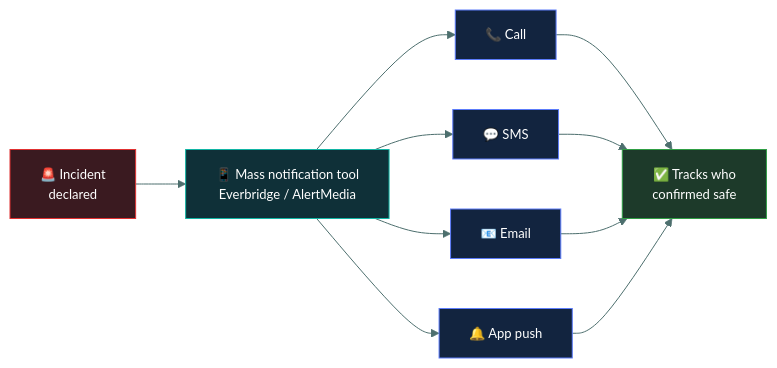
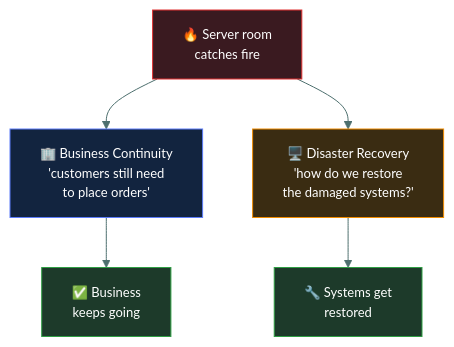
One commit to tarunTejaDesireddy/cc-exam-prep changed the fourth of 4 diagrams in 02-security-governance/business-continuity/README.md. Above: the diagram before and after it, drawn with Mermaid. The commit also changed other lines of this file and 1 other file, not shown here.

First line of the commit message:
Rewrite Business Continuity with the storm-hits-the-cave walkthrough

````diff
--- a/02-security-governance/business-continuity/README.md
+++ b/02-security-governance/business-continuity/README.md
@@ -207,21 +214,15 @@
 ```mermaid
-%%{init: {'theme':'base','themeVariables':{'fontSize':'13px','lineColor':'#4d6f6e','textColor':'#dbe7e6'}}}%%
-flowchart LR
-    I["🚨 Incident<br/>declared"] --> N["📱 Mass notification tool<br/>Everbridge / AlertMedia"]
-    N --> C1["📞 Call"]
-    N --> C2["💬 SMS"]
-    N --> C3["📧 Email"]
-    N --> C4["🔔 App push"]
-    C1 --> ACK["✅ Tracks who<br/>confirmed safe"]
-    C2 --> ACK
-    C3 --> ACK
-    C4 --> ACK
+%%{init: {'theme':'base','themeVariables':{'fontFamily':'Segoe UI, Helvetica Neue, Arial, sans-serif','fontSize':'13px','lineColor':'#4d6f6e','textColor':'#dbe7e6'}}}%%
+flowchart TD
+    F["🔥 Server room<br/>catches fire"]
+    F --> BC["🏢 Business Continuity<br/>'customers still need<br/>to place orders'"]
+    F --> DR["🖥️ Disaster Recovery<br/>'how do we restore<br/>the damaged systems?'"]
+    BC --> KG["✅ Business<br/>keeps going"]
+    DR --> RS["🔧 Systems get<br/>restored"]
 
-    style I fill:#3a1a20,stroke:#E03131,color:#fff
-    style N fill:#0f3038,stroke:#12B5A5,color:#fff
-    style C1 fill:#12243f,stroke:#5C7CFA,color:#fff
-    style C2 fill:#12243f,stroke:#5C7CFA,color:#fff
-    style C3 fill:#12243f,stroke:#5C7CFA,color:#fff
-    style C4 fill:#12243f,stroke:#5C7CFA,color:#fff
-    style ACK fill:#1d3a2a,stroke:#2F9E44,color:#fff
+    style F fill:#3a1a20,stroke:#E03131,color:#fff
+    style BC fill:#12243f,stroke:#5C7CFA,color:#fff
+    style DR fill:#3a2c12,stroke:#F08C00,color:#fff
+    style KG fill:#1d3a2a,stroke:#2F9E44,color:#fff
+    style RS fill:#1d3a2a,stroke:#2F9E44,color:#fff
 ```
````
